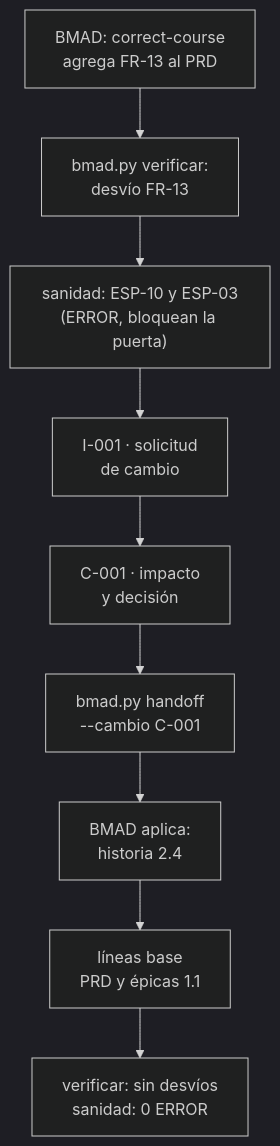
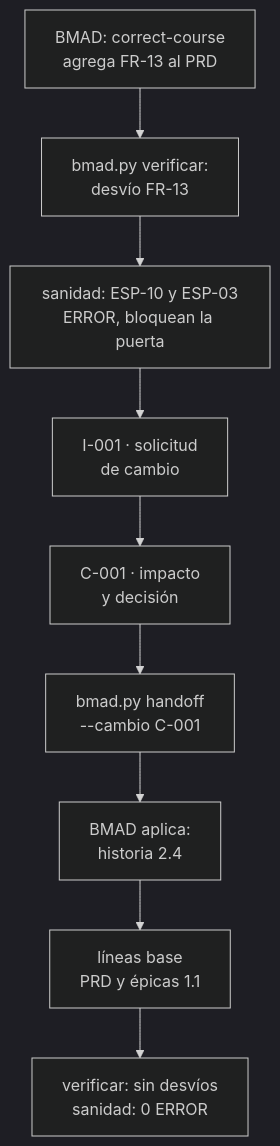
Before and after one commit to Arturo-Penas-Rial/pm-method: the second of 4 diagrams in docs/guias/E2E-4-producto-bmad.md, drawn with Mermaid (dark theme). The commit also changed other lines of this file and 274 other files, not shown here.

````diff
--- a/docs/guias/E2E-4-producto-bmad.md
+++ b/docs/guias/E2E-4-producto-bmad.md
@@ -596,8 +697,8 @@
 ```mermaid
 flowchart TB
     scp["BMAD: correct-course<br/>agrega FR-13 al PRD"] --> ver["bmad.py verificar:<br/>desvío FR-13"]
-    ver --> san["sanidad: ESP-10 y ESP-03<br/>(ERROR, bloquean la puerta)"]
+    ver --> san["sanidad: ESP-10 y ESP-03<br/>ERROR, bloquean la puerta"]
     san --> i1["I-001 · solicitud<br/>de cambio"] --> c1["C-001 · impacto<br/>y decisión"]
     c1 --> ho["bmad.py handoff<br/>--cambio C-001"] --> bm["BMAD aplica:<br/>historia 2.4"]
     bm --> lb["líneas base<br/>PRD y épicas 1.1"] --> ok["verificar: sin desvíos<br/>sanidad: 0 ERROR"]
 ```
````
